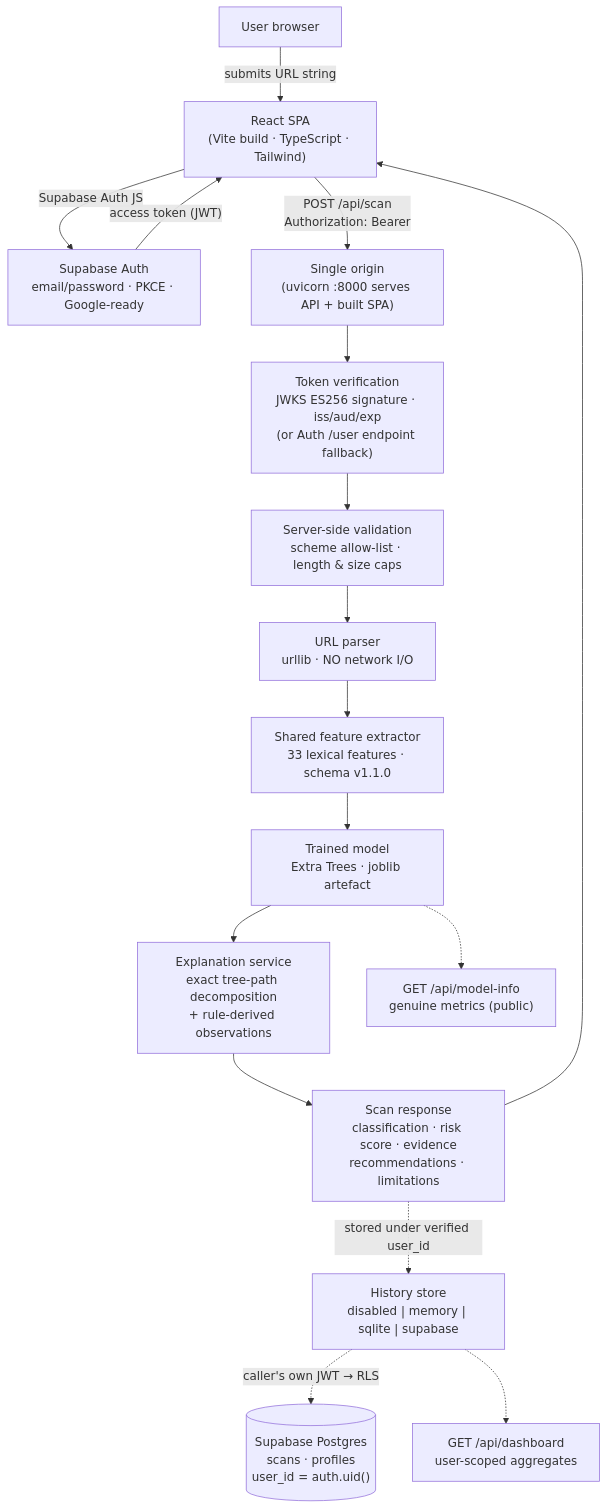
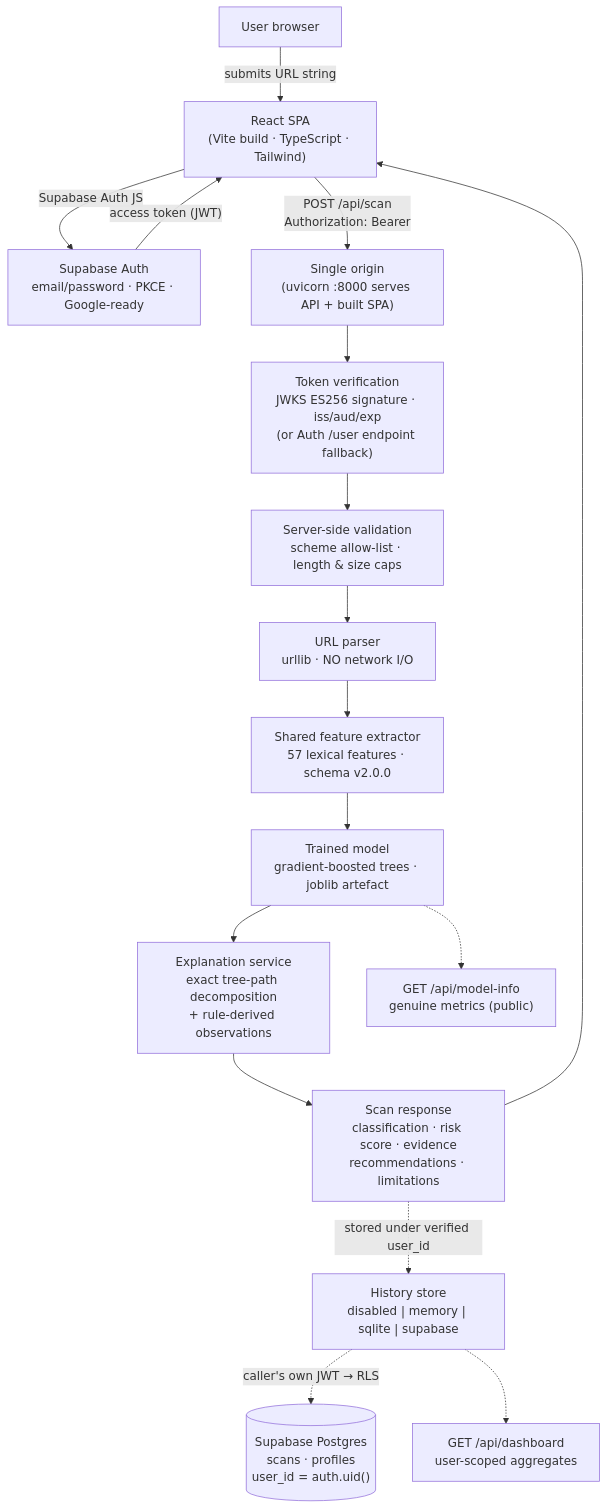
Before and after one commit to AbdouSalamSisawo/ThreatLens-AI: the diagram in docs/ARCHITECTURE.md, drawn with Mermaid. The commit also changed other lines of this file and 4 other files, not shown here.

First line of the commit message:
Update architecture, summary, security and AI/data docs for v3.0.0

````diff
--- a/docs/ARCHITECTURE.md
+++ b/docs/ARCHITECTURE.md
@@ -5,19 +5,19 @@
 ```mermaid
 flowchart TD
     U[User browser] -->|submits URL string| FE["React SPA<br/>(Vite build · TypeScript · Tailwind)"]
     FE -->|Supabase Auth JS| SB["Supabase Auth<br/>email/password · PKCE · Google-ready"]
     SB -->|"access token (JWT)"| FE
     FE -->|"POST /api/scan<br/>Authorization: Bearer"| GW["Single origin<br/>(uvicorn :8000 serves API + built SPA)"]
     GW --> AUTH["Token verification<br/>JWKS ES256 signature · iss/aud/exp<br/>(or Auth /user endpoint fallback)"]
     AUTH --> V["Server-side validation<br/>scheme allow-list · length & size caps"]
     V --> P["URL parser<br/>urllib · NO network I/O"]
-    P --> FX["Shared feature extractor<br/>33 lexical features · schema v1.1.0"]
-    FX --> M["Trained model<br/>Extra Trees · joblib artefact"]
+    P --> FX["Shared feature extractor<br/>57 lexical features · schema v2.0.0"]
+    FX --> M["Trained model<br/>gradient-boosted trees · joblib artefact"]
     M --> EX["Explanation service<br/>exact tree-path decomposition<br/>+ rule-derived observations"]
     EX --> R["Scan response<br/>classification · risk score · evidence<br/>recommendations · limitations"]
     R --> FE
     R -.->|"stored under verified user_id"| H["History store<br/>disabled | memory | sqlite | supabase"]
     H -.->|"caller's own JWT → RLS"| DB[("Supabase Postgres<br/>scans · profiles<br/>user_id = auth.uid()")]
     H -.-> D["GET /api/dashboard<br/>user-scoped aggregates"]
     M -.-> MI["GET /api/model-info<br/>genuine metrics (public)"]
 ```
````
